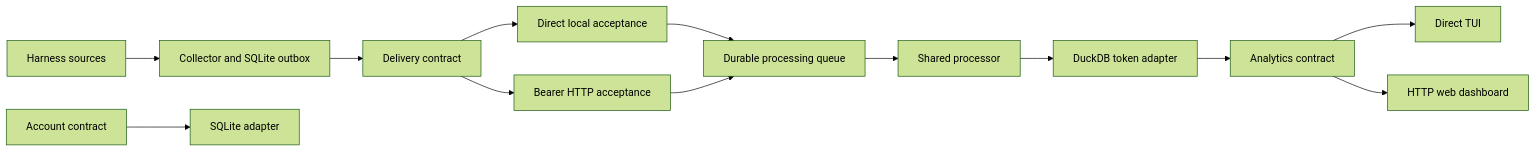
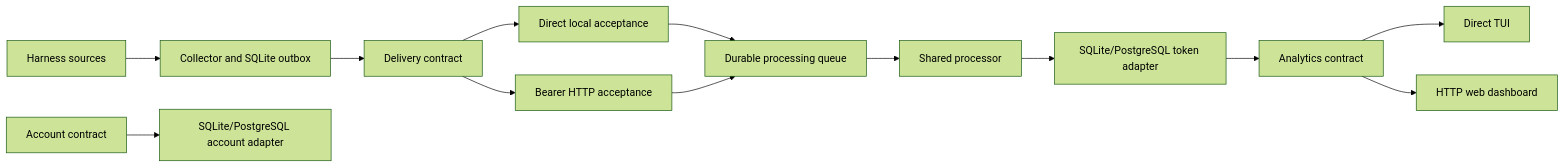
The diagram in docs/system.md (flexdinesh/tokeninsights), drawn with Mermaid (forest theme) before and after one commit. The commit also changed other lines of this file and 139 other files, not shown here.

Commit message:
feat: support SQLite and PostgreSQL storage (#78)

````diff
--- a/docs/system.md
+++ b/docs/system.md
@@ -13,15 +13,15 @@
 ```mermaid
 flowchart LR
   S[Harness sources] --> C[Collector and SQLite outbox]
   C --> D[Delivery contract]
   D --> L[Direct local acceptance]
   D --> H[Bearer HTTP acceptance]
   L --> Q[Durable processing queue]
   H --> Q
   Q --> P[Shared processor]
-  P --> T[DuckDB token adapter]
+  P --> T[SQLite/PostgreSQL token adapter]
   T --> R[Analytics contract]
   R --> U[Direct TUI]
   R --> W[HTTP web dashboard]
-  A[Account contract] --> AS[SQLite adapter]
+  A[Account contract] --> AS[SQLite/PostgreSQL account adapter]
 ```
````
